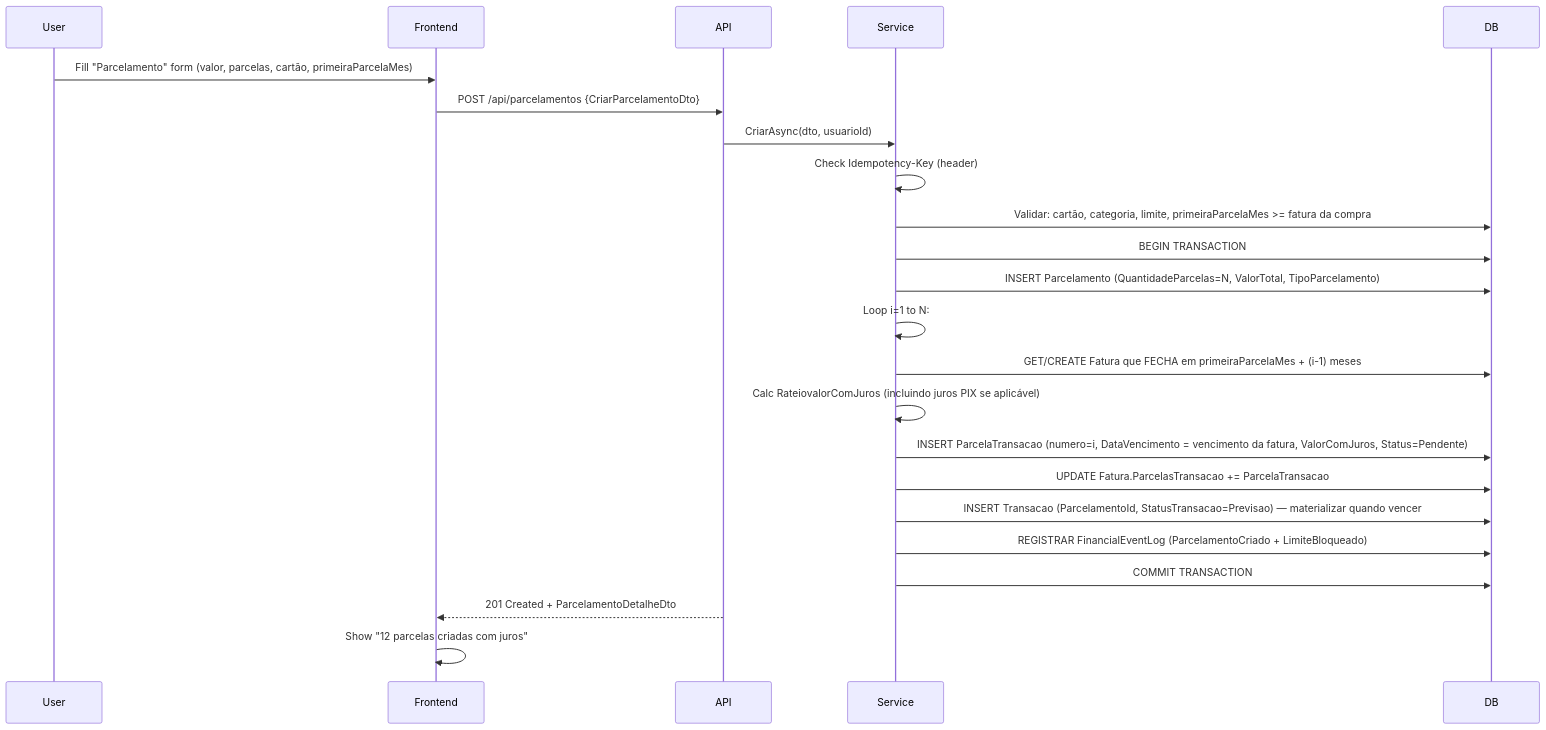
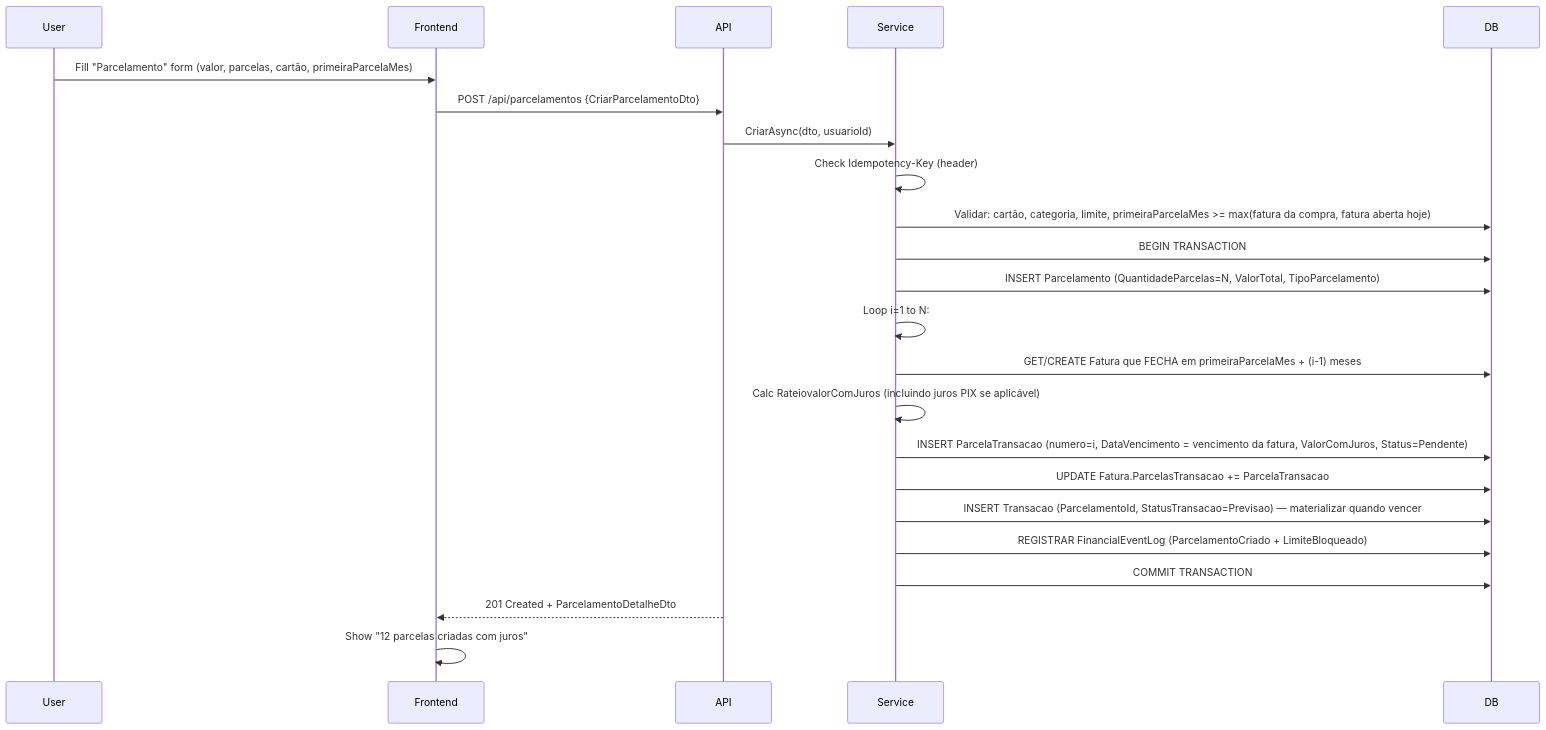
One commit to GustavoPontess/controle-financeiro changed the third of 10 diagrams in docs/FLOWS.md. Above: the diagram before and after it, drawn with Mermaid. The commit also changed other lines of this file and 12 other files, not shown here.

First line of the commit message:
fix(parcelamentos): piso da 1ª parcela na fatura aberta + Esc do popover não fecha o modal

````diff
--- a/docs/FLOWS.md
+++ b/docs/FLOWS.md
@@ -64,20 +64,20 @@
 ```mermaid
 sequenceDiagram
     User->>Frontend: Fill "Parcelamento" form (valor, parcelas, cartão, primeiraParcelaMes)
     Frontend->>API: POST /api/parcelamentos {CriarParcelamentoDto}
     API->>Service: CriarAsync(dto, usuarioId)
     Service->>Service: Check Idempotency-Key (header)
-    Service->>DB: Validar: cartão, categoria, limite, primeiraParcelaMes >= fatura da compra
+    Service->>DB: Validar: cartão, categoria, limite, primeiraParcelaMes >= max(fatura da compra, fatura aberta hoje)
     Service->>DB: BEGIN TRANSACTION
     Service->>DB: INSERT Parcelamento (QuantidadeParcelas=N, ValorTotal, TipoParcelamento)
     Service->>Service: Loop i=1 to N:
     Service->>DB: GET/CREATE Fatura que FECHA em primeiraParcelaMes + (i-1) meses
     Service->>Service: Calc RateiovalorComJuros (incluindo juros PIX se aplicável)
     Service->>DB: INSERT ParcelaTransacao (numero=i, DataVencimento = vencimento da fatura, ValorComJuros, Status=Pendente)
     Service->>DB: UPDATE Fatura.ParcelasTransacao += ParcelaTransacao
     Service->>DB: INSERT Transacao (ParcelamentoId, StatusTransacao=Previsao) — materializar quando vencer
     Service->>DB: REGISTRAR FinancialEventLog (ParcelamentoCriado + LimiteBloqueado)
     Service->>DB: COMMIT TRANSACTION
     API-->>Frontend: 201 Created + ParcelamentoDetalheDto
     Frontend->>Frontend: Show "12 parcelas criadas com juros"
 ```
````
